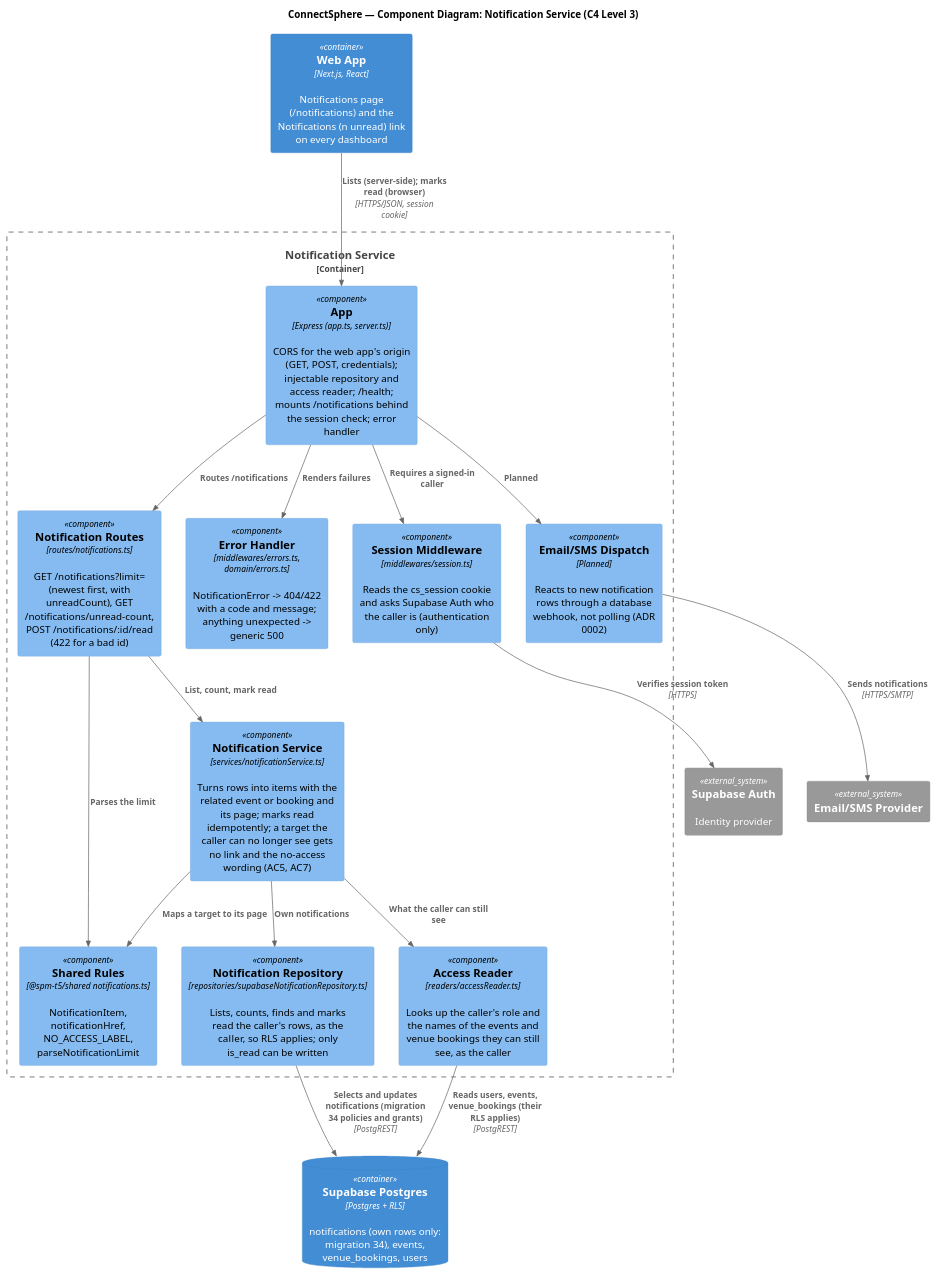
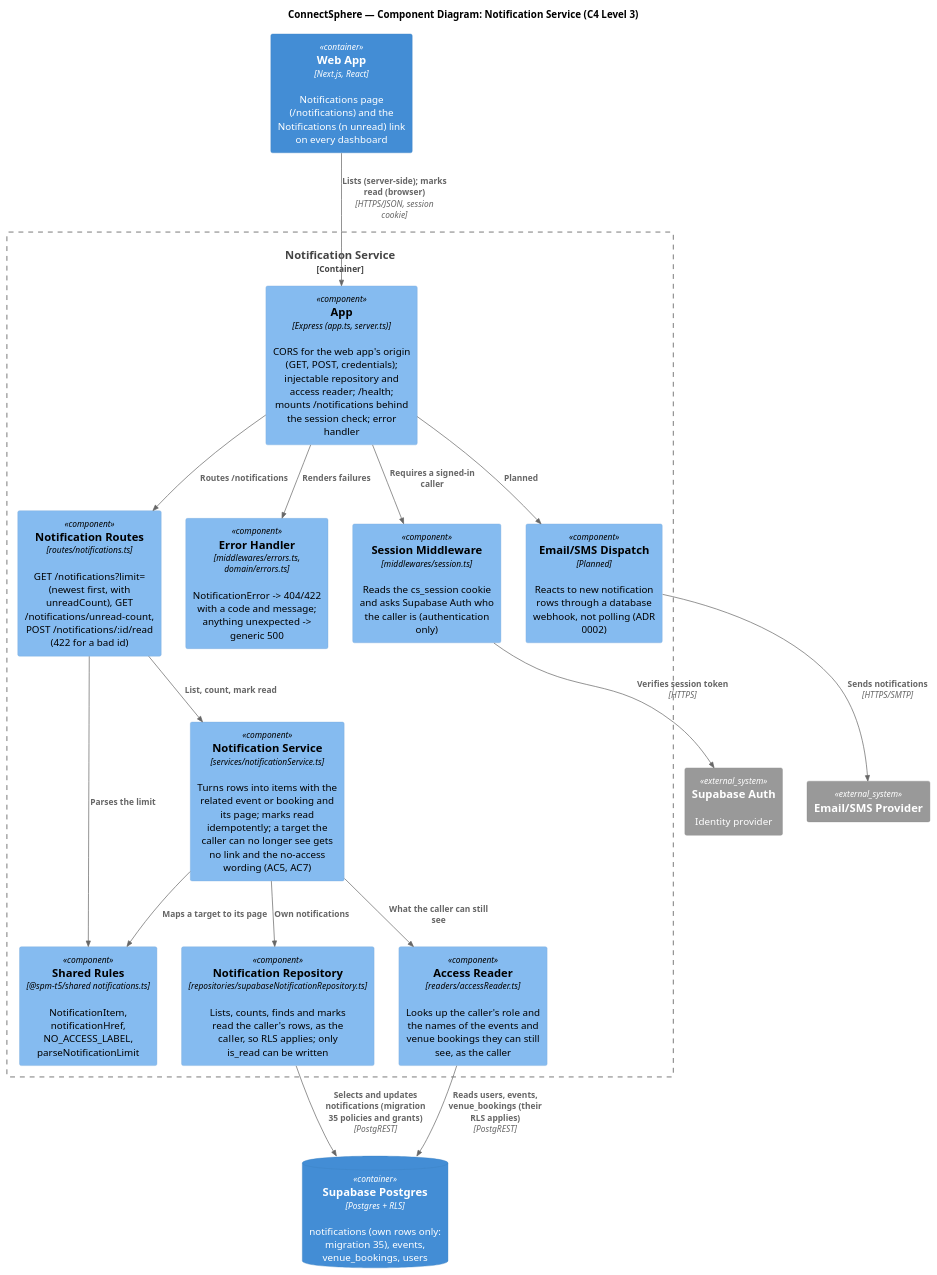
Before and after one commit to danjaii/SPM-T5: the diagram in docs/architecture/c4/component-notification-service.puml, drawn with PlantUML. The commit also changed 9 other files, not shown here.

First line of the commit message:
SCRUM-46/AC4,AC6 - Renumber the notifications migration to 35

```diff
--- a/docs/architecture/c4/component-notification-service.puml
+++ b/docs/architecture/c4/component-notification-service.puml
@@ -1,41 +1,41 @@
 @startuml component-notification-service
 !include https://raw.githubusercontent.com/plantuml-stdlib/C4-PlantUML/master/C4_Component.puml
 
 title ConnectSphere — Component Diagram: Notification Service (C4 Level 3)
 ' Built so far: viewing and managing a user's own in-app notifications (docs/specs/notifications.md, SCRUM-46).
 ' Rows are written by producers, not by this service (ADR 0002). Components marked "Planned" come with SCRUM-47.
 
 Container(web, "Web App", "Next.js, React", "Notifications page (/notifications) and the Notifications (n unread) link on every dashboard")
 System_Ext(supabaseAuth, "Supabase Auth", "Identity provider")
 System_Ext(emailProvider, "Email/SMS Provider")
-ContainerDb(db, "Supabase Postgres", "Postgres + RLS", "notifications (own rows only: migration 34), events, venue_bookings, users")
+ContainerDb(db, "Supabase Postgres", "Postgres + RLS", "notifications (own rows only: migration 35), events, venue_bookings, users")
 
 Container_Boundary(notificationSvc, "Notification Service") {
   Component(app, "App", "Express (app.ts, server.ts)", "CORS for the web app's origin (GET, POST, credentials); injectable repository and access reader; /health; mounts /notifications behind the session check; error handler")
   Component(session, "Session Middleware", "middlewares/session.ts", "Reads the cs_session cookie and asks Supabase Auth who the caller is (authentication only)")
   Component(errors, "Error Handler", "middlewares/errors.ts, domain/errors.ts", "NotificationError -> 404/422 with a code and message; anything unexpected -> generic 500")
   Component(routes, "Notification Routes", "routes/notifications.ts", "GET /notifications?limit= (newest first, with unreadCount), GET /notifications/unread-count, POST /notifications/:id/read (422 for a bad id)")
   Component(svc, "Notification Service", "services/notificationService.ts", "Turns rows into items with the related event or booking and its page; marks read idempotently; a target the caller can no longer see gets no link and the no-access wording (AC5, AC7)")
   Component(repo, "Notification Repository", "repositories/supabaseNotificationRepository.ts", "Lists, counts, finds and marks read the caller's rows, as the caller, so RLS applies; only is_read can be written")
   Component(access, "Access Reader", "readers/accessReader.ts", "Looks up the caller's role and the names of the events and venue bookings they can still see, as the caller")
   Component(shared, "Shared Rules", "@spm-t5/shared notifications.ts", "NotificationItem, notificationHref, NO_ACCESS_LABEL, parseNotificationLimit")
 
   Component(dispatch, "Email/SMS Dispatch", "Planned", "Reacts to new notification rows through a database webhook, not polling (ADR 0002)")
 }
 
 Rel(web, app, "Lists (server-side); marks read (browser)", "HTTPS/JSON, session cookie")
 Rel(app, session, "Requires a signed-in caller")
 Rel(session, supabaseAuth, "Verifies session token", "HTTPS")
 Rel(app, errors, "Renders failures")
 Rel(app, routes, "Routes /notifications")
 Rel(routes, svc, "List, count, mark read")
 Rel(routes, shared, "Parses the limit")
 Rel(svc, shared, "Maps a target to its page")
 Rel(svc, repo, "Own notifications")
 Rel(svc, access, "What the caller can still see")
-Rel(repo, db, "Selects and updates notifications (migration 34 policies and grants)", "PostgREST")
+Rel(repo, db, "Selects and updates notifications (migration 35 policies and grants)", "PostgREST")
 Rel(access, db, "Reads users, events, venue_bookings (their RLS applies)", "PostgREST")
 
 Rel(app, dispatch, "Planned")
 Rel(dispatch, emailProvider, "Sends notifications", "HTTPS/SMTP")
 @enduml
```
